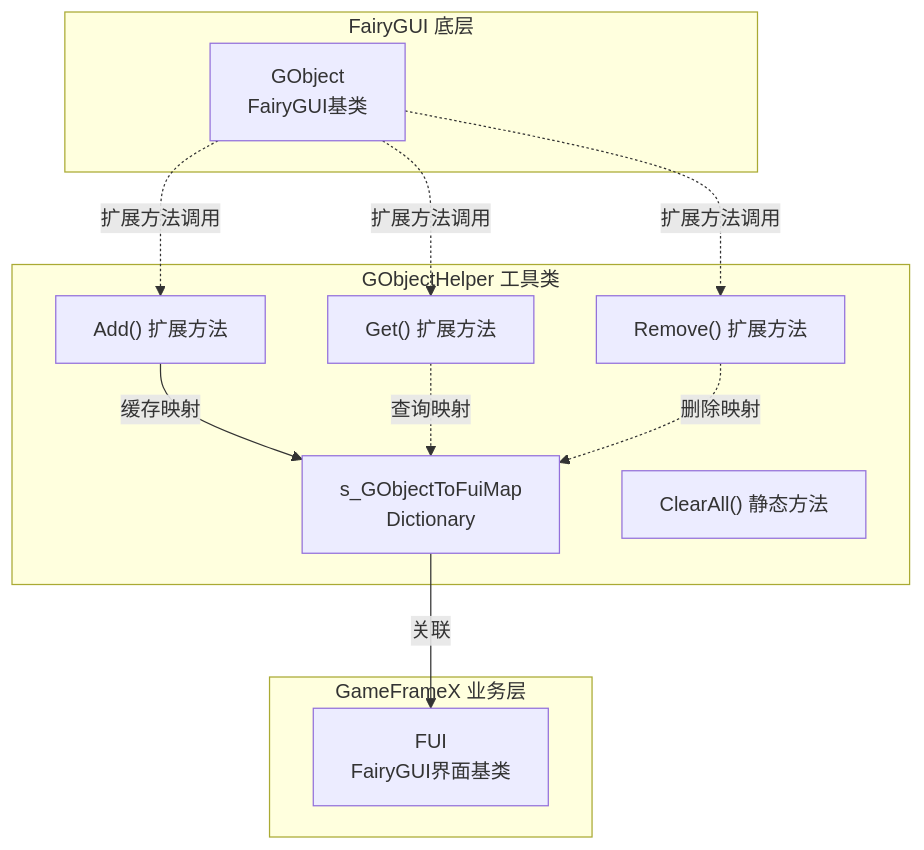
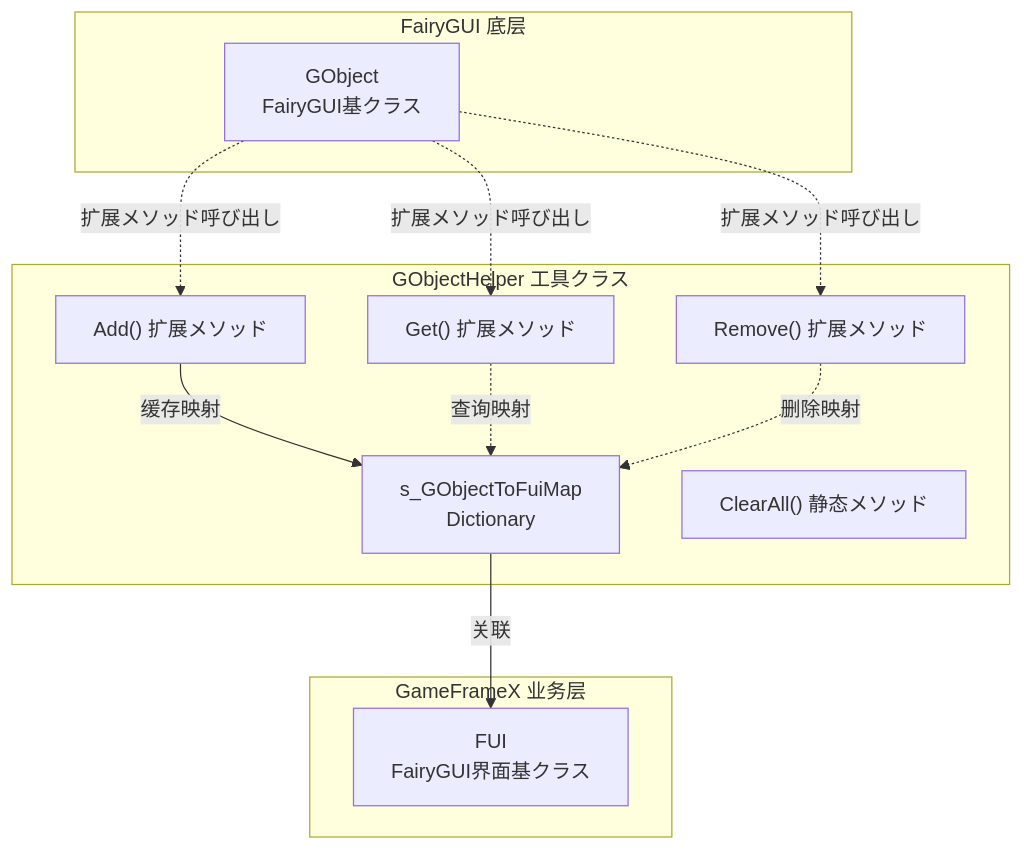
Before and after one commit to AlianBlank/GameFrameX.Docs: the first of 2 diagrams in docs/ja/client/unity/component/ui-fairygui/12.gobject-helper.md, drawn with Mermaid. The commit also changed other lines of this file and 603 other files, not shown here.

````diff
--- a/docs/ja/client/unity/component/ui-fairygui/12.gobject-helper.md
+++ b/docs/ja/client/unity/component/ui-fairygui/12.gobject-helper.md
@@ -21,26 +21,26 @@
 ```mermaid
 flowchart TD
-    subgraph GObjectHelper["GObjectHelper 工具类"]
+    subgraph GObjectHelper["GObjectHelper 工具クラス"]
         Cache["s_GObjectToFuiMap<br/>Dictionary<GObject, FUI>"]
-        Get["Get<T>() 扩展方法"]
-        Add["Add() 扩展方法"]
-        Remove["Remove() 扩展方法"]
-        ClearAll["ClearAll() 静态方法"]
+        Get["Get<T>() 扩展メソッド"]
+        Add["Add() 扩展メソッド"]
+        Remove["Remove() 扩展メソッド"]
+        ClearAll["ClearAll() 静态メソッド"]
     end
 
     subgraph FairyGUI["FairyGUI 底层"]
-        GObject["GObject<br/> FairyGUI基类"]
+        GObject["GObject<br/> FairyGUI基クラス"]
     end
 
     subgraph GameFrameX["GameFrameX 业务层"]
-        FUI["FUI<br/> FairyGUI界面基类"]
+        FUI["FUI<br/> FairyGUI界面基クラス"]
     end
 
-    GObject -.->|"扩展方法调用"| Get
-    GObject -.->|"扩展方法调用"| Add
-    GObject -.->|"扩展方法调用"| Remove
+    GObject -.->|"扩展メソッド呼び出し"| Get
+    GObject -.->|"扩展メソッド呼び出し"| Add
+    GObject -.->|"扩展メソッド呼び出し"| Remove
     Add -->|"缓存映射"| Cache
     Get -.->|"查询映射"| Cache
     Remove -.->|"删除映射"| Cache
     Cache -->|"关联"| FUI
 ```
````
